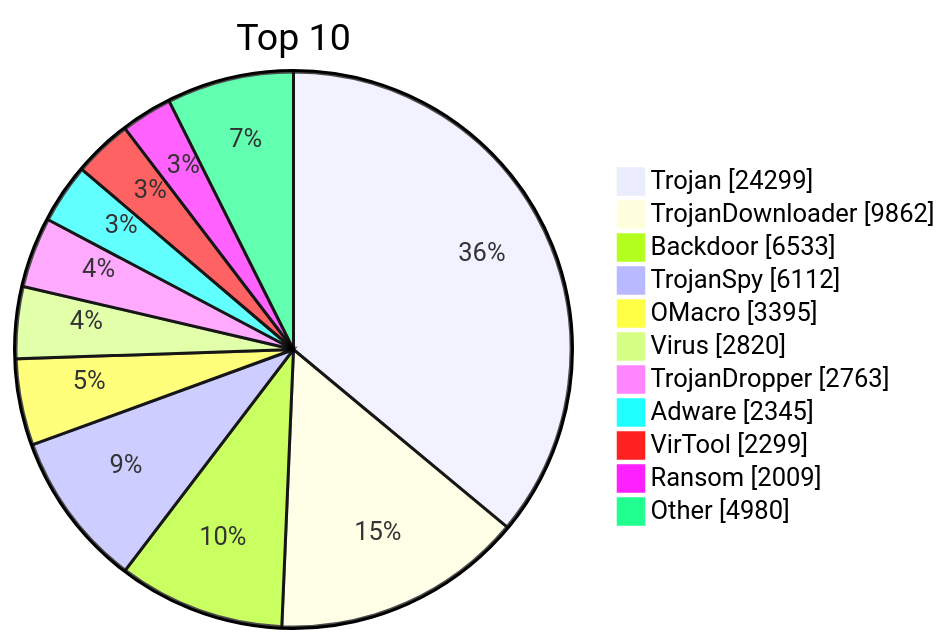
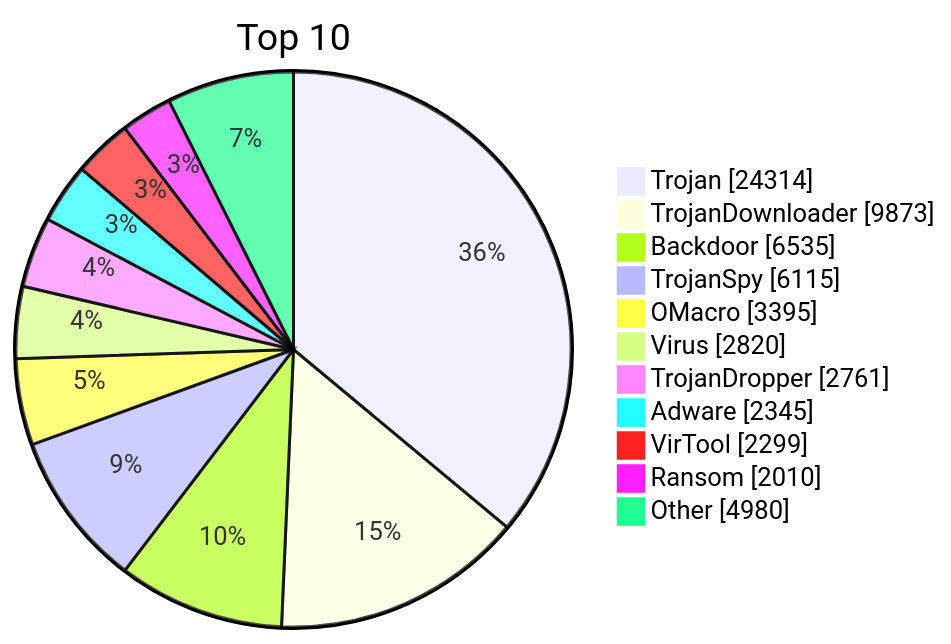
Before and after one commit to JerryLinLinLin/huorong-virdb-changelog: the diagram in README.md, drawn with Mermaid. The commit also changed other lines of this file and 15 other files, not shown here.

````diff
--- a/README.md
+++ b/README.md
@@ -19,15 +19,15 @@
 ```mermaid
 pie showData
     title Top 10
-    "Trojan" : 24299
-    "TrojanDownloader" : 9862
-    "Backdoor" : 6533
-    "TrojanSpy" : 6112
+    "Trojan" : 24314
+    "TrojanDownloader" : 9873
+    "Backdoor" : 6535
+    "TrojanSpy" : 6115
     "OMacro" : 3395
     "Virus" : 2820
-    "TrojanDropper" : 2763
+    "TrojanDropper" : 2761
     "Adware" : 2345
     "VirTool" : 2299
-    "Ransom" : 2009
+    "Ransom" : 2010
     "Other" : 4980
 ```
````
